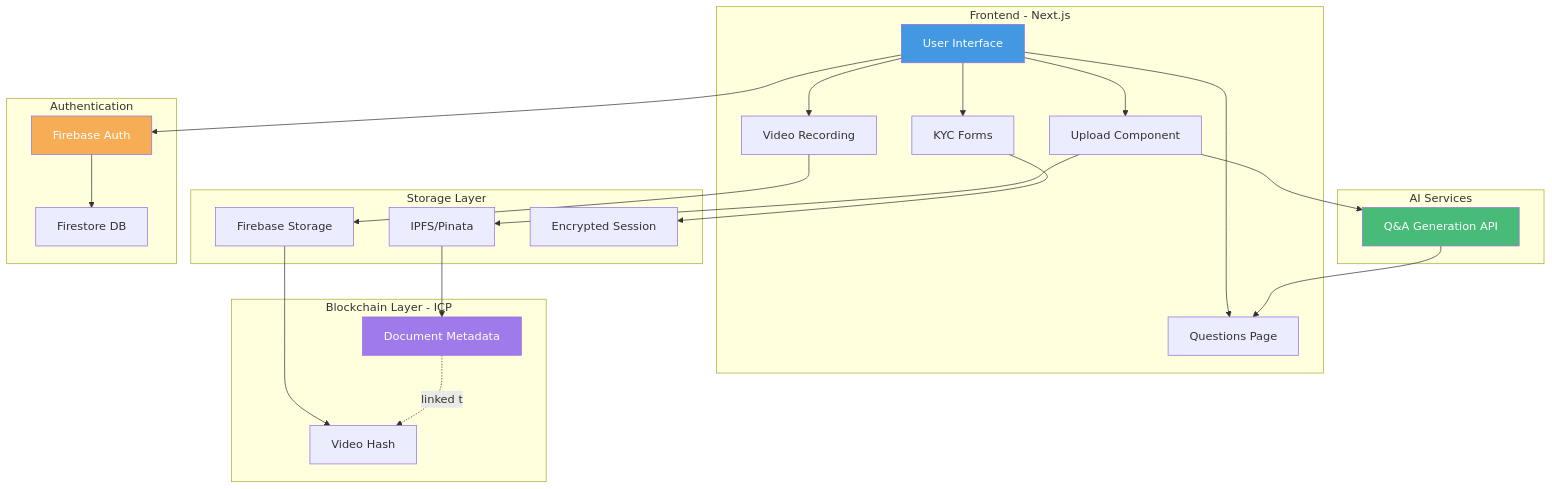
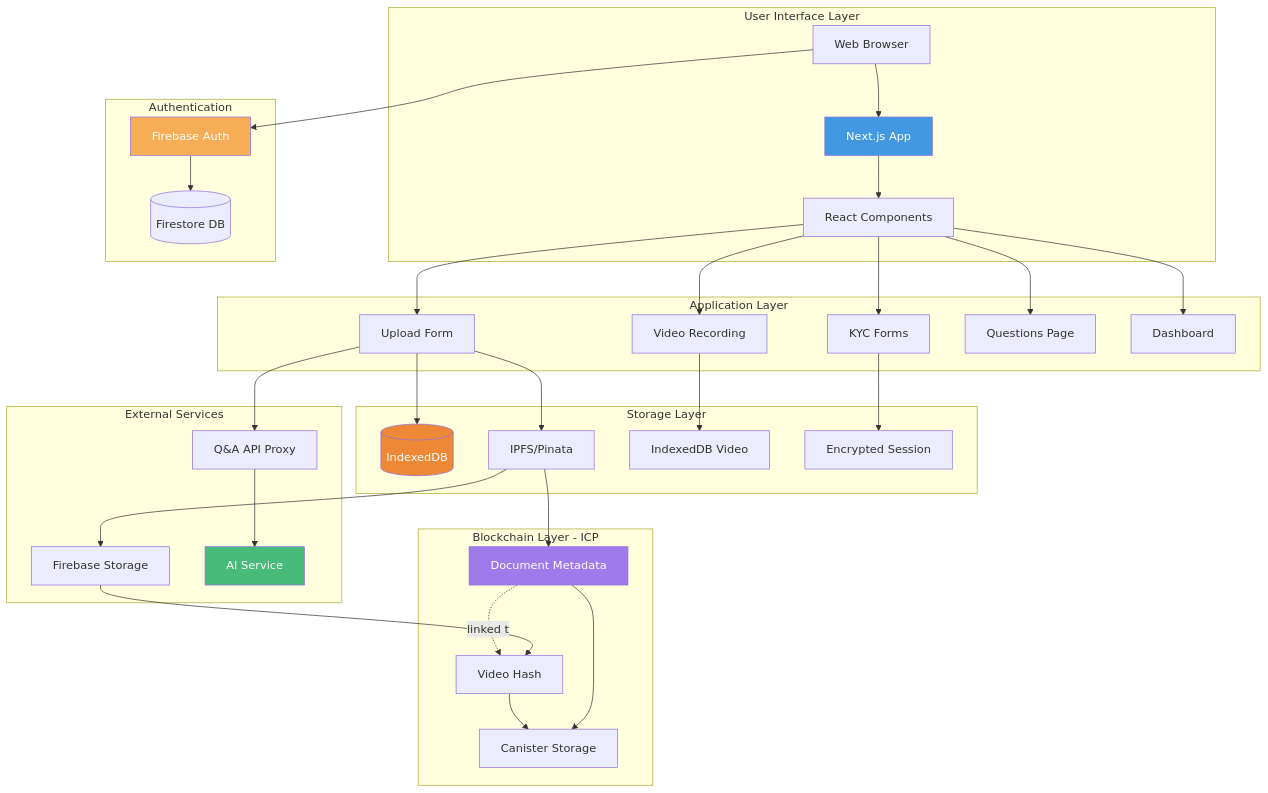
The first of 7 diagrams in README.md (vibhasdutta/Eviblockv2.0), drawn with Mermaid before and after one commit. The commit also changed other lines of this file and 17 other files, not shown here.

Commit message:
feat: Implement KYC video verification and question generation pages with new frontend setup, security headers, and data cleanup utilities.

````diff
--- a/README.md
+++ b/README.md
@@ -79,36 +100,47 @@
 ```mermaid
 graph TB
-    subgraph "Frontend - Next.js"
-        A[User Interface] --> B[Upload Component]
-        A --> C[KYC Forms]
-        A --> D[Video Recording]
-        A --> E[Questions Page]
+    subgraph "User Interface Layer"
+        A[Web Browser] --> B[Next.js App]
+        B --> C[React Components]
+    end
+    
+    subgraph "Application Layer"
+        C --> D[Upload Form]
+        C --> E[KYC Forms]
+        C --> F[Video Recording]
+        C --> G[Questions Page]
+        C --> H[Dashboard]
     end
     
     subgraph "Storage Layer"
-        B --> F[IPFS/Pinata]
-        D --> G[Firebase Storage]
-        C --> H[Encrypted Session]
+        D --> I[(IndexedDB)]
+        D --> J[IPFS/Pinata]
+        F --> K[IndexedDB Video]
+        E --> L[Encrypted Session]
+    end
+    
+    subgraph "External Services"
+        J --> M[Firebase Storage]
+        D --> N[Q&A API Proxy]
+        N --> O[AI Service]
     end
     
     subgraph "Blockchain Layer - ICP"
-        F --> I[Document Metadata]
-        G --> J[Video Hash]
-        I -.linked to.-> J
-    end
-    
-    subgraph "AI Services"
-        B --> K[Q&A Generation API]
-        K --> E
+        J --> P[Document Metadata]
+        M --> Q[Video Hash]
+        P -.linked to.-> Q
+        P --> R[Canister Storage]
+        Q --> R
     end
     
     subgraph "Authentication"
-        A --> L[Firebase Auth]
-        L --> M[Firestore DB]
+        A --> S[Firebase Auth]
+        S --> T[(Firestore DB)]
     end
-
-    style A fill:#4299e1,color:#fff
-    style I fill:#9f7aea,color:#fff
-    style K fill:#48bb78,color:#fff
-    style L fill:#f6ad55,color:#fff
+    
+    style B fill:#4299e1,color:#fff
+    style P fill:#9f7aea,color:#fff
+    style O fill:#48bb78,color:#fff
+    style S fill:#f6ad55,color:#fff
+    style I fill:#ed8936,color:#fff
 ```
````
